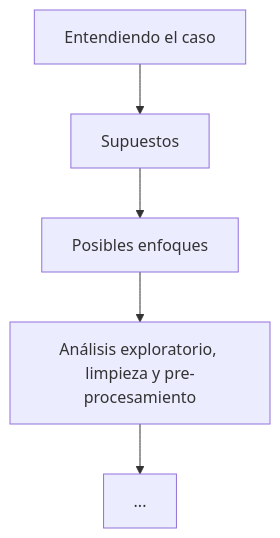
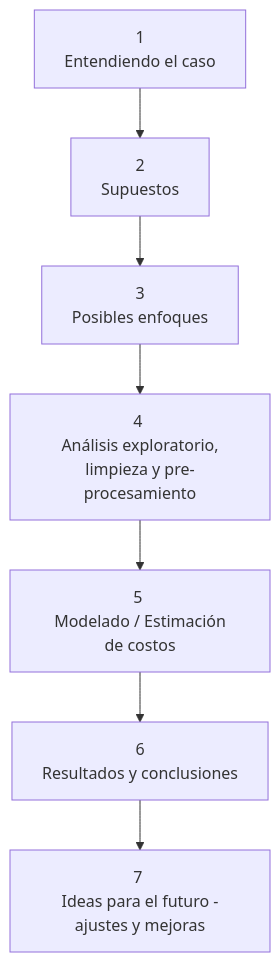
Before and after one commit to NaTHuber/equipment-cost-estimation: the diagram in docs/notes.md, drawn with Mermaid. The commit also changed other lines of this file, not shown here.

Commit message:
[update]: Se actualiza esquema de trabajo y se añade parte de la sección Entendiendo el caso

````diff
--- a/docs/notes.md
+++ b/docs/notes.md
@@ -7,7 +7,9 @@
 ```mermaid
     graph TD 
-        A[Entendiendo el caso]-->B[Supuestos]
-        B-->C[Posibles enfoques]
-        C-->D[Análisis exploratorio, limpieza y pre-procesamiento]
-        D-->E[...]
+        A[1 <br> Entendiendo el caso]-->B[2 <br> Supuestos]
+        B-->C[3 <br> Posibles enfoques]
+        C-->D[4 <br> Análisis exploratorio, limpieza y pre-procesamiento]
+        D-->E[5 <br> Modelado / Estimación de costos]
+        E-->F[6 <br> Resultados y conclusiones]
+        F-->G[7 <br> Ideas para el futuro - ajustes y mejoras]
 ```
````
